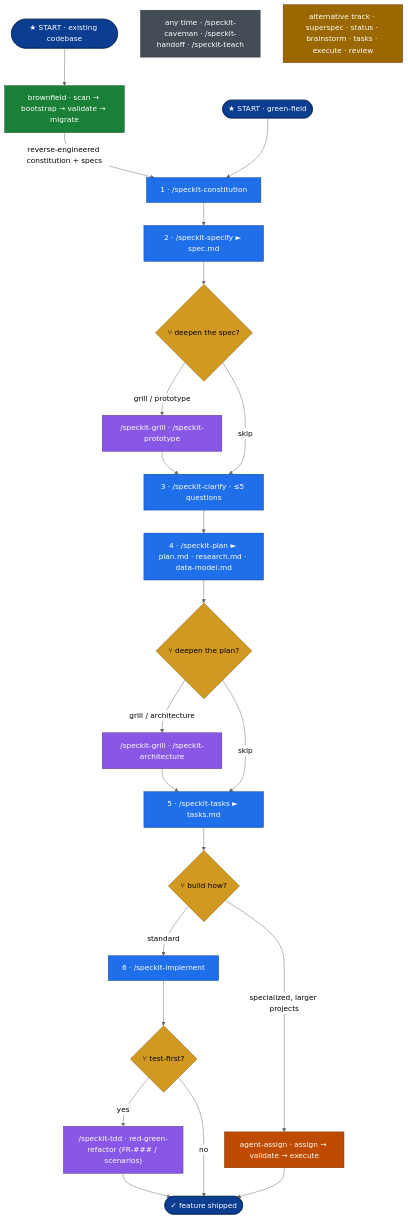
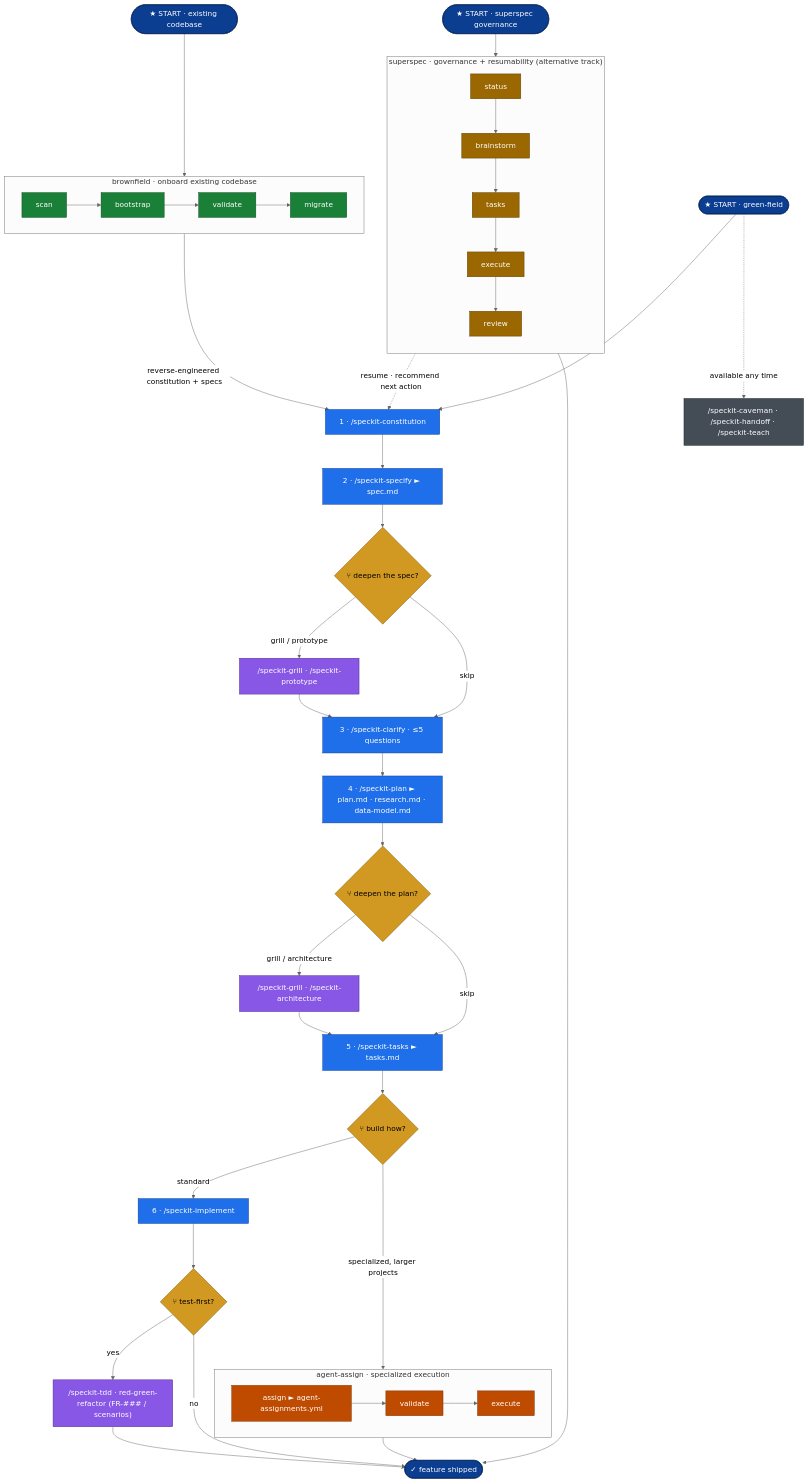
Before and after one commit to schwarz-christoph/spec-kit-csc-extension: the diagram in WORKFLOW.md, drawn with Mermaid (neutral theme). The commit also changed other lines of this file, not shown here.

Commit message:
Updated WORKFLOW Graph

````diff
--- a/WORKFLOW.md
+++ b/WORKFLOW.md
@@ -117,42 +119,61 @@
 ```mermaid
 flowchart TD
     %% ===== entry points =====
     G([★ START · green-field]):::entry
     E([★ START · existing codebase]):::entry
 
-    %% ===== brownfield onboarding (existing codebases only) =====
-    E --> BF["brownfield · scan → bootstrap → validate → migrate"]:::bf
-    BF -->|reverse-engineered constitution + specs| C
+    %% ===== brownfield: onboard an existing codebase (extension, runs first) =====
+    subgraph BF["brownfield · onboard existing codebase"]
+        direction LR
+        bf1["scan"]:::bf --> bf2["bootstrap"]:::bf --> bf3["validate"]:::bf --> bf4["migrate"]:::bf
+    end
+    E --> bf1
+    bf4 -->|reverse-engineered constitution + specs| C
 
     %% ===== linear happy path =====
     G --> C
     C["1 · /speckit-constitution"]:::core --> S["2 · /speckit-specify ► spec.md"]:::core
     S --> b1{"⑂ deepen the spec?"}:::branch
     b1 -->|grill / prototype| D1["/speckit-grill · /speckit-prototype"]:::csc --> CL
     b1 -->|skip| CL
     CL["3 · /speckit-clarify · ≤5 questions"]:::core --> P["4 · /speckit-plan ► plan.md · research.md · data-model.md"]:::core
     P --> b2{"⑂ deepen the plan?"}:::branch
     b2 -->|grill / architecture| D2["/speckit-grill · /speckit-architecture"]:::csc --> T
     b2 -->|skip| T
     T["5 · /speckit-tasks ► tasks.md"]:::core --> b3{"⑂ build how?"}:::branch
     b3 -->|standard| IMPL["6 · /speckit-implement"]:::core
-    b3 -->|specialized, larger projects| AA["agent-assign · assign → validate → execute"]:::aa
+    b3 -->|specialized, larger projects| AA
+
+    %% ===== agent-assign: specialized execution (extension, replaces implement) =====
+    subgraph AA["agent-assign · specialized execution"]
+        direction LR
+        aa1["assign ► agent-assignments.yml"]:::aa --> aa2["validate"]:::aa --> aa3["execute"]:::aa
+    end
+
     IMPL --> b4{"⑂ test-first?"}:::branch
     b4 -->|yes| TDD["/speckit-tdd · red-green-refactor (FR-### / scenarios)"]:::csc --> DONE
     b4 -->|no| DONE
-    AA --> DONE
+    aa3 --> DONE
     DONE([✓ feature shipped]):::entry
 
-    %% ===== always-available side tracks (not on the path) =====
-    UTIL["any time · /speckit-caveman · /speckit-handoff · /speckit-teach"]:::util
-    SS["alternative track · superspec · status · brainstorm · tasks · execute · review"]:::ss
+    %% ===== superspec: parallel governance track (extension) =====
+    SG([★ START · superspec governance]):::entry --> ss1
+    subgraph SS["superspec · governance + resumability (alternative track)"]
+        direction TB
+        ss1["status"]:::ss --> ss2["brainstorm"]:::ss --> ss3["tasks"]:::ss --> ss4["execute"]:::ss --> ss5["review"]:::ss
+    end
+    ss1 -.->|resume · recommend next action| C
+    ss5 --> DONE
+
+    %% ===== always-available csc utilities =====
+    G -. available any time .-> UTIL["/speckit-caveman · /speckit-handoff · /speckit-teach"]:::util
 
     classDef entry fill:#0b3d91,stroke:#06214d,color:#fff;
     classDef core fill:#1f6feb,stroke:#0b3d91,color:#fff;
     classDef csc fill:#8957e5,stroke:#4c2889,color:#fff;
     classDef bf fill:#1a7f37,stroke:#0d4f22,color:#fff;
     classDef aa fill:#bf4b00,stroke:#7a3000,color:#fff;
     classDef ss fill:#9a6700,stroke:#5c3d00,color:#fff;
     classDef branch fill:#d29922,stroke:#7a5800,color:#000;
     classDef util fill:#444c56,stroke:#22272e,color:#fff;
 ```
````
